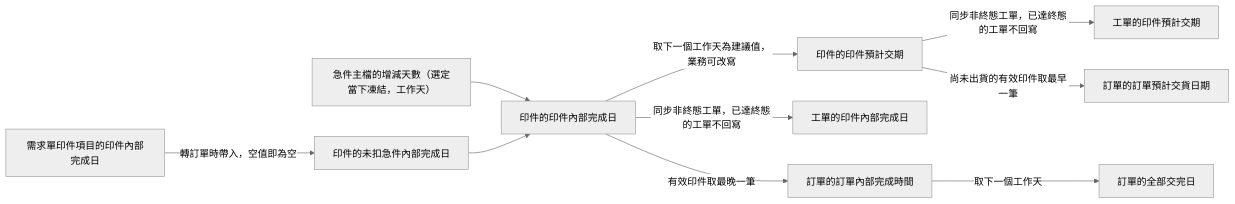
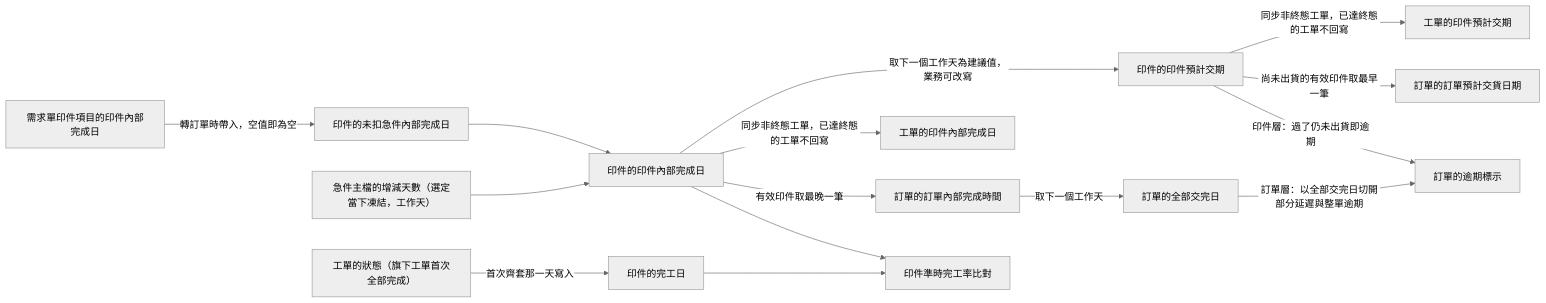
The fourth of 5 diagrams in memory/Sens_wiki/wiki/erp/05-entities/訂單領域資料結構總覽.md (Kawato-Miles/erp-spec), drawn with Mermaid (neutral theme) before and after one commit. The commit also changed other lines of this file and 38 other files, not shown here.

````diff
--- a/memory/Sens_wiki/wiki/erp/05-entities/訂單領域資料結構總覽.md
+++ b/memory/Sens_wiki/wiki/erp/05-entities/訂單領域資料結構總覽.md
@@ -93,12 +94,17 @@
 ```mermaid
 flowchart LR
     B2["需求單印件項目的印件內部完成日"] -->|"轉訂單時帶入，空值即為空"| B4["印件的未扣急件內部完成日"]
     B6["急件主檔的增減天數（選定當下凍結，工作天）"] --> B7["印件的印件內部完成日"]
     B4 --> B7
     B7 -->|"取下一個工作天為建議值，業務可改寫"| B9["印件的印件預計交期"]
     B7 -->|"同步非終態工單，已達終態的工單不回寫"| B8["工單的印件內部完成日"]
     B9 -->|"同步非終態工單，已達終態的工單不回寫"| B10["工單的印件預計交期"]
     B7 -->|"有效印件取最晚一筆"| B11["訂單的訂單內部完成時間"]
     B11 -->|"取下一個工作天"| B12["訂單的全部交完日"]
     B9 -->|"尚未出貨的有效印件取最早一筆"| B13["訂單的訂單預計交貨日期"]
+    B9 -->|"印件層：過了仍未出貨即逾期"| B14["訂單的逾期標示"]
+    B12 -->|"訂單層：以全部交完日切開部分延遲與整單逾期"| B14
+    B15["工單的狀態（旗下工單首次全部完成）"] -->|"首次齊套那一天寫入"| B16["印件的完工日"]
+    B16 --> B17["印件準時完工率比對"]
+    B7 --> B17
 ```
````
